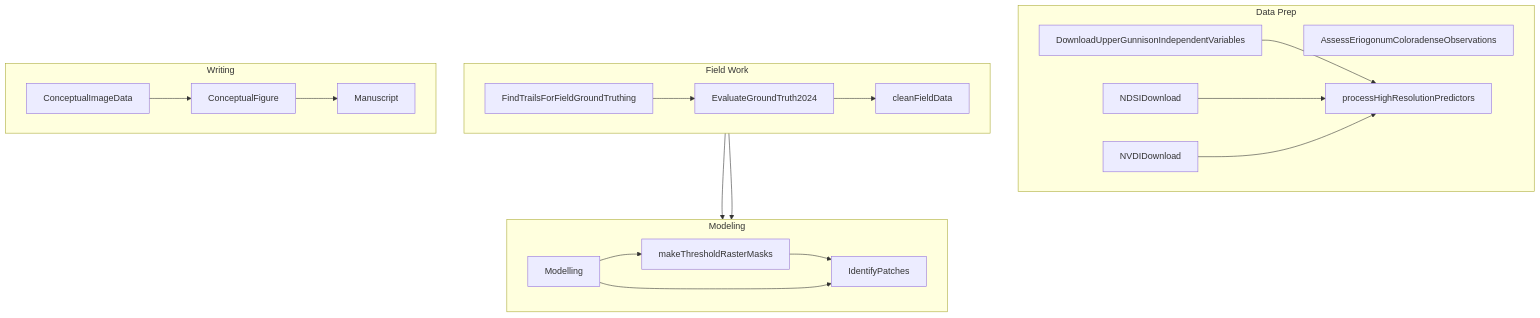
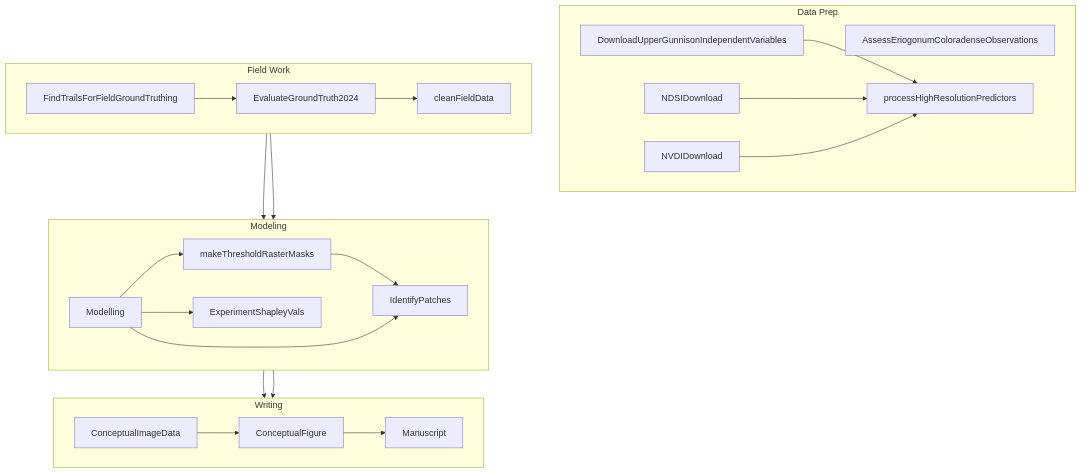
Before and after one commit to sagesteppe/Ecoloradense: the diagram in README.md, drawn with Mermaid. The commit also changed other lines of this file and 1 other file, not shown here.

Commit message:
all roads lead to ... manuscript

````diff
--- a/README.md
+++ b/README.md
@@ -44,56 +44,60 @@
 ```mermaid
 %%{init: {'theme': 'base', 'themeVariables': {
     'clusterBkg': '#e0f7fa', /* Light cyan for Data Prep */
     'clusterBorder': '#00838f', /* Dark cyan border */
     'clusterTitle': '#004d40', /* Dark teal title text */
     'clusterText': '#004d40' /* Dark teal text */
 }}}%%
 graph TD
     %% Data Prep Subgraph
     subgraph DataPrep["Data Prep"]
         direction LR
         AssessEriogonumColoradenseObservations
         DownloadUpperGunnisonIndependentVariables
         processHighResolutionPredictors
         NDSIDownload
         NVDIDownload
     end
 
     %% Field Work Subgraph
     subgraph FieldWork["Field Work"]
         direction LR
         FindTrailsForFieldGroundTruthing
         EvaluateGroundTruth2024
         cleanFieldData
     end
 
     %% Modeling Subgraph
     subgraph Modeling["Modeling"]
         direction LR
         Modelling
         IdentifyPatches
         makeThresholdRasterMasks
+        ExperimentShapleyVals
     end
 
     %% Writing Subgraph
     subgraph Writing["Writing"]
         direction LR
         ConceptualImageData
         ConceptualFigure
         Manuscript
     end
 
     %% Connections
     DownloadUpperGunnisonIndependentVariables --> processHighResolutionPredictors
     NDSIDownload --> processHighResolutionPredictors
     NVDIDownload --> processHighResolutionPredictors
     FindTrailsForFieldGroundTruthing --> EvaluateGroundTruth2024
     EvaluateGroundTruth2024 --> cleanFieldData
     cleanFieldData --> Modelling
     Modelling --> makeThresholdRasterMasks
     makeThresholdRasterMasks --> IdentifyPatches
     Modelling --> IdentifyPatches
+    Modelling --> ExperimentShapleyVals
+    Modelling --> Manuscript
+    IdentifyPatches --> Manuscript
     cleanFieldData --> IdentifyPatches
     ConceptualImageData --> ConceptualFigure
     ConceptualFigure --> Manuscript
 ```
````
